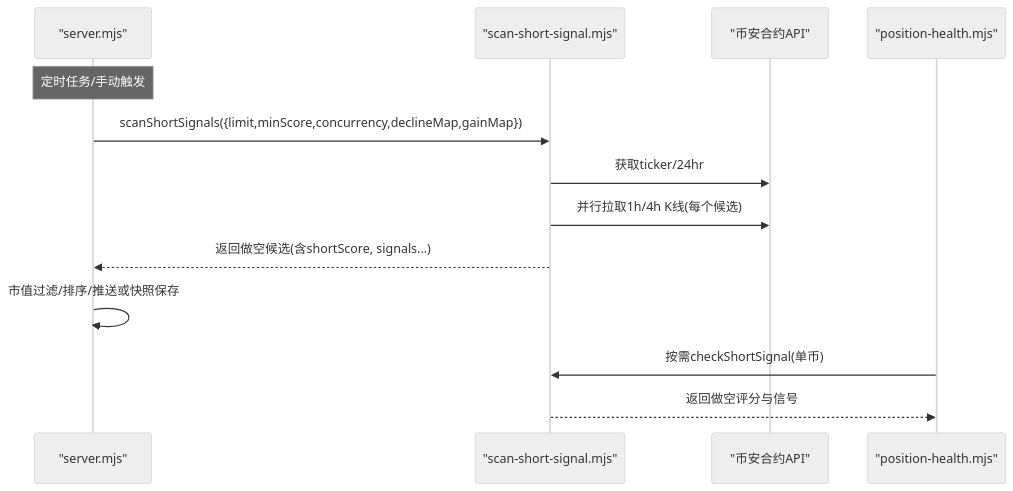
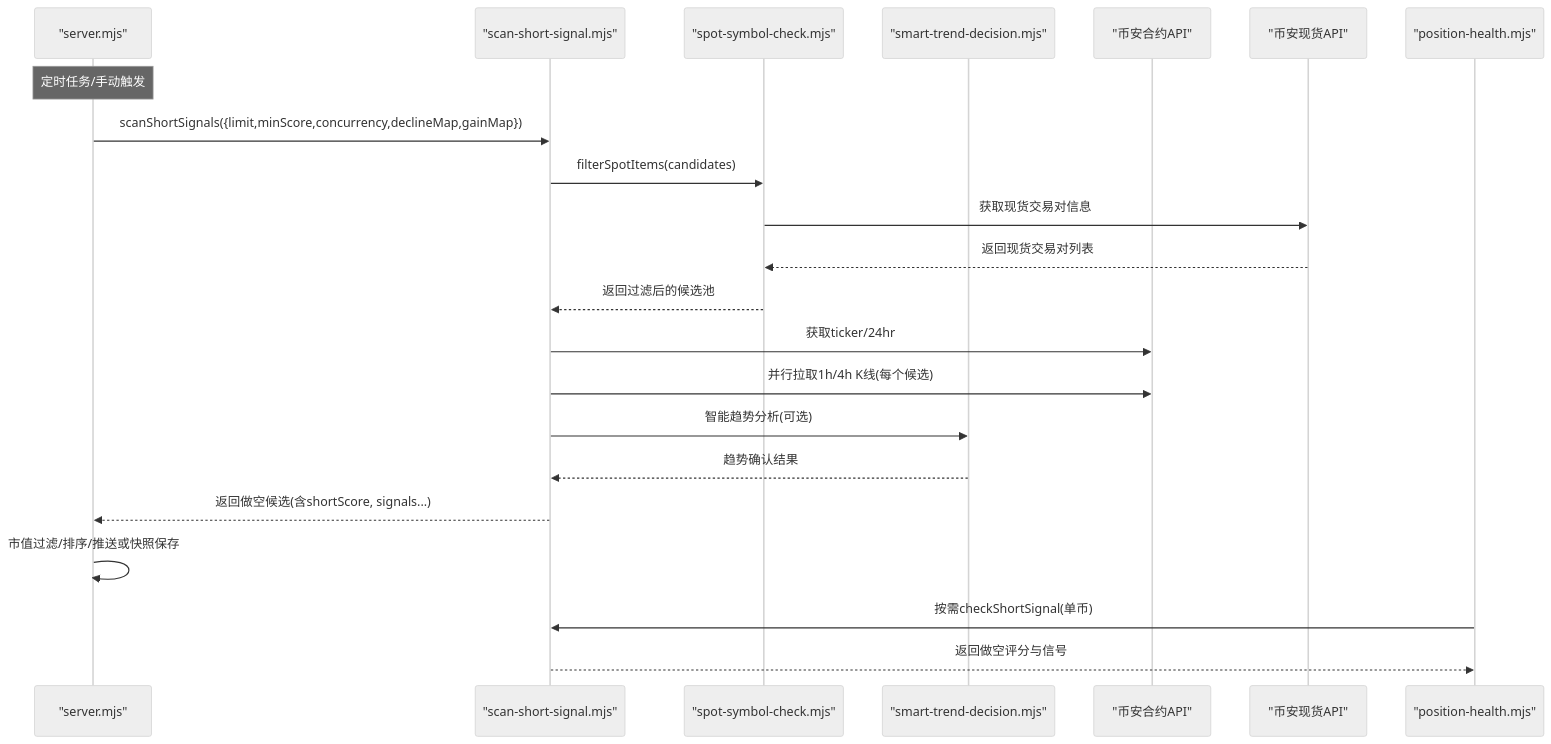
The second of 6 diagrams in .qoder/repowiki/zh/content/核心功能模块/做空信号检测.md (kekexilinan/BinaceSmart), drawn with Mermaid (neutral theme) before and after one commit. The commit also changed other lines of this file and 63 other files, not shown here.

````diff
--- a/.qoder/repowiki/zh/content/核心功能模块/做空信号检测.md
+++ b/.qoder/repowiki/zh/content/核心功能模块/做空信号检测.md
@@ -67,15 +95,24 @@
 ```mermaid
 sequenceDiagram
 participant S as "server.mjs"
 participant SS as "scan-short-signal.mjs"
+participant SV as "spot-symbol-check.mjs"
+participant SD as "smart-trend-decision.mjs"
 participant F as "币安合约API"
+participant SP as "币安现货API"
 participant P as "position-health.mjs"
 Note over S : 定时任务/手动触发
 S->>SS : scanShortSignals({limit,minScore,concurrency,declineMap,gainMap})
+SS->>SV : filterSpotItems(candidates)
+SV->>SP : 获取现货交易对信息
+SP-->>SV : 返回现货交易对列表
+SV-->>SS : 返回过滤后的候选池
 SS->>F : 获取ticker/24hr
 SS->>F : 并行拉取1h/4h K线(每个候选)
+SS->>SD : 智能趋势分析(可选)
+SD-->>SS : 趋势确认结果
 SS-->>S : 返回做空候选(含shortScore, signals...)
 S->>S : 市值过滤/排序/推送或快照保存
 P->>SS : 按需checkShortSignal(单币)
 SS-->>P : 返回做空评分与信号
 ```
````
